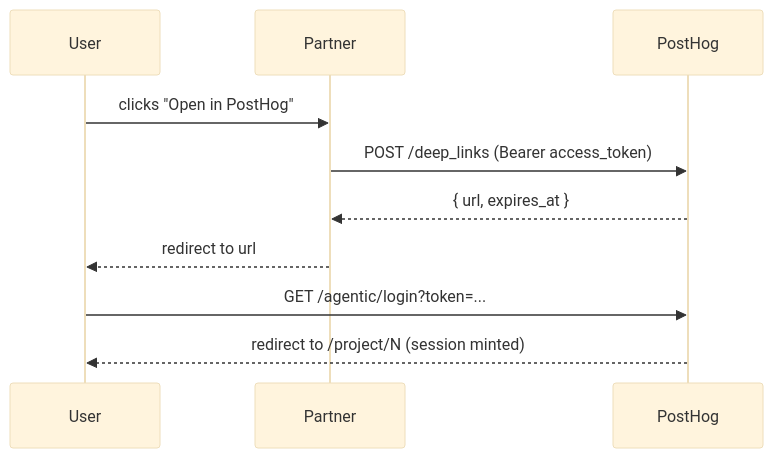
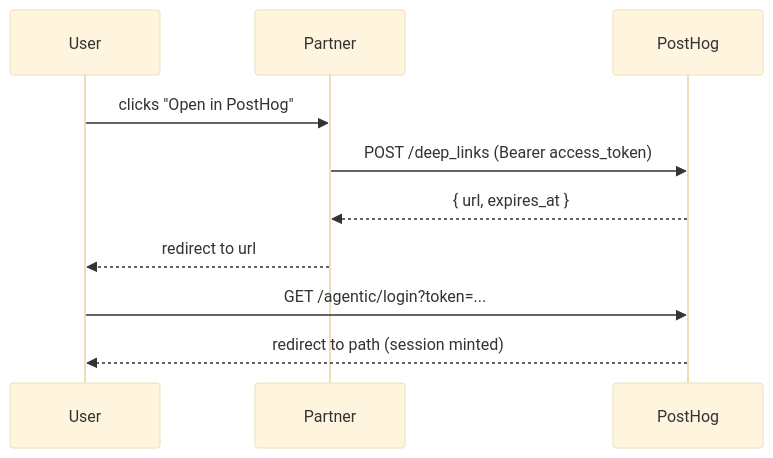
One commit to IsieData/posthog.com changed the second of 3 diagrams in contents/docs/integrate/provisioning.mdx. Above: the diagram before and after it, drawn with Mermaid (base theme). The commit also changed other lines of this file, not shown here.

First line of the commit message:
docs: document agentic provisioning deep-link path parameter (#17322)

````diff
--- a/contents/docs/integrate/provisioning.mdx
+++ b/contents/docs/integrate/provisioning.mdx
@@ -48,13 +48,13 @@
 ```mermaid
 sequenceDiagram
     participant U as User
     participant P as Partner
     participant PH as PostHog
 
     U->>P: clicks "Open in PostHog"
     P->>PH: POST /deep_links (Bearer access_token)
     PH-->>P: { url, expires_at }
     P-->>U: redirect to url
     U->>PH: GET /agentic/login?token=...
-    PH-->>U: redirect to /project/N (session minted)
+    PH-->>U: redirect to path (session minted)
 ```
````
